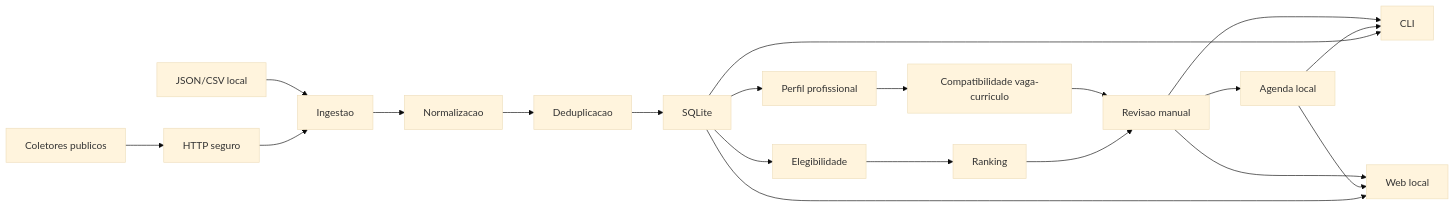
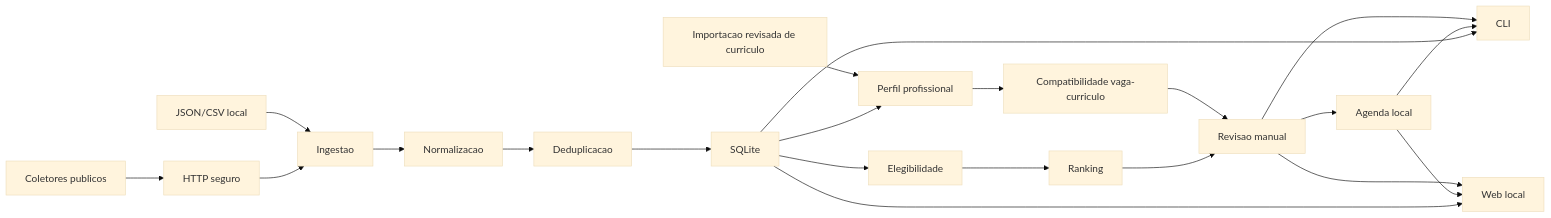
One commit to Islayder/JobSearch changed the diagram in docs/architecture.md. Above: the diagram before and after it, drawn with Mermaid (base theme). The commit also changed other lines of this file and 35 other files, not shown here.

````diff
--- a/docs/architecture.md
+++ b/docs/architecture.md
@@ -27,22 +29,23 @@
 ```mermaid
 flowchart LR
     L["JSON/CSV local"] --> C["Ingestao"]
     B["Coletores publicos"] --> H["HTTP seguro"]
     H --> C
     C --> D["Normalizacao"]
     D --> E["Deduplicacao"]
     E --> F["SQLite"]
     F --> G["Elegibilidade"]
     G --> R["Ranking"]
-    F --> P["Perfil profissional"]
+    RI["Importacao revisada de curriculo"] --> P["Perfil profissional"]
+    F --> P
     P --> X["Compatibilidade vaga-curriculo"]
     X --> V["Revisao manual"]
     R --> V
     V --> A["Agenda local"]
     V --> I["CLI"]
     V --> W["Web local"]
     A --> I
     A --> W
     F --> I
     F --> W
 ```
````
